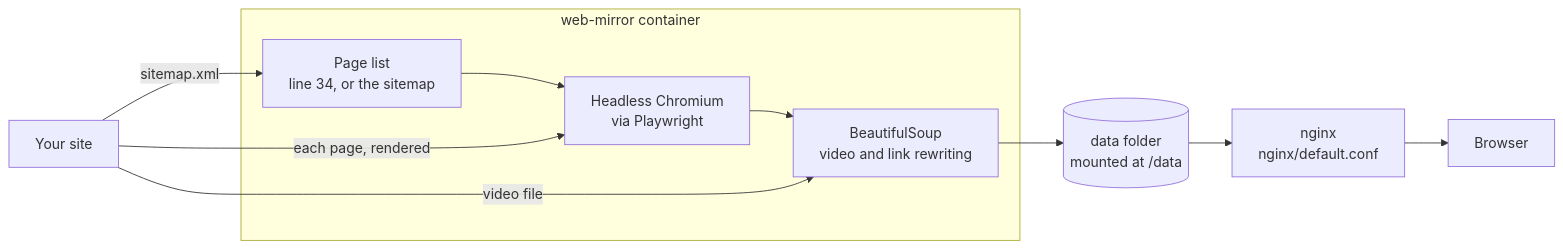
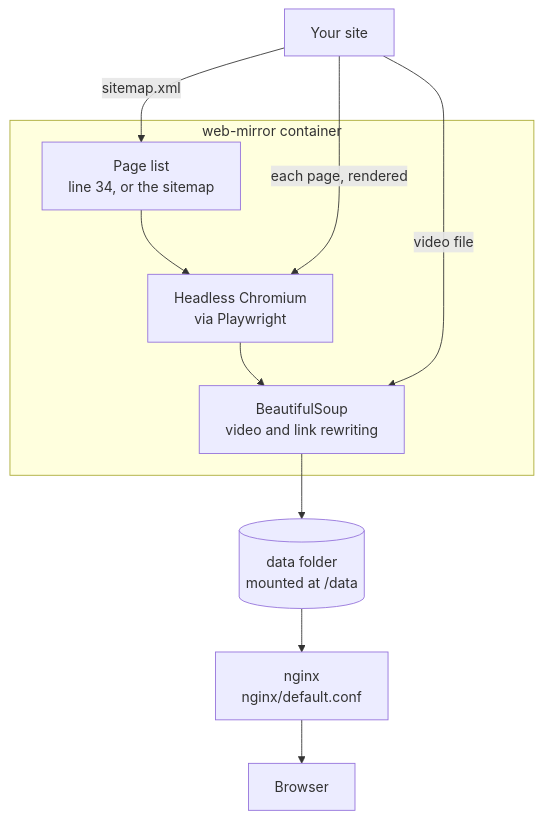
One commit to GeiserX/web-mirror changed the diagram in docs/how-it-works.md. Above: the diagram before and after it, drawn with Mermaid. The commit also changed other lines of this file and 2 other files, not shown here.

Commit message:
docs: make the diagram readable and stop saying the sitemap is fetched on every start
The left-to-right diagram shrank to 116 px tall in the text column and no
label could be read; top-to-bottom renders at normal text size.

The sitemap request goes through a cache with no expiry, so it only has to
answer the first time; a cached 200 is reused until data/sitemap.sqlite is
deleted. The apt GPG error now names a full Docker disk as the usual cause
and has the reader check `docker system df` before pruning.

````diff
--- a/docs/how-it-works.md
+++ b/docs/how-it-works.md
@@ -5,20 +5,20 @@
 ```mermaid
-flowchart LR
+flowchart TB
     S[Your site]
     subgraph image [web-mirror container]
         L[Page list<br/>line 34, or the sitemap]
         C[Headless Chromium<br/>via Playwright]
         B[BeautifulSoup<br/>video and link rewriting]
     end
     D[(data folder<br/>mounted at /data)]
     N[nginx<br/>nginx/default.conf]
     R[Browser]
     S -->|sitemap.xml| L
     L --> C
     S -->|each page, rendered| C
     C --> B
     S -->|video file| B
     B --> D
     D --> N
     N --> R
 ```
````
